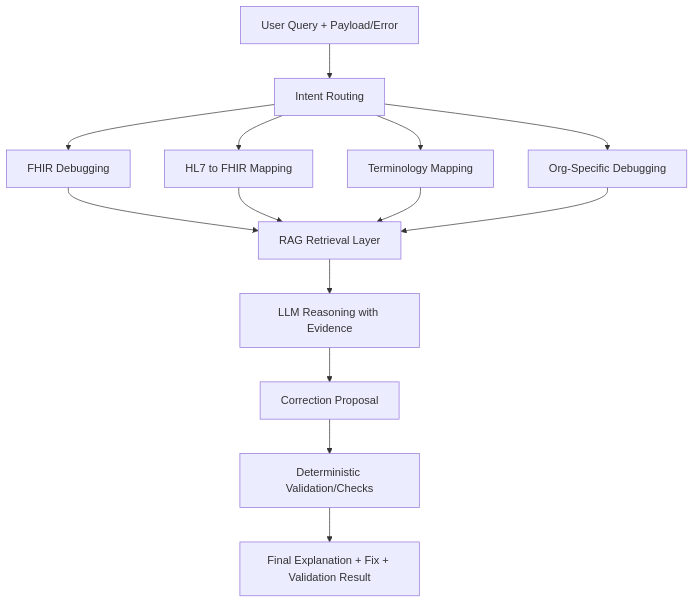
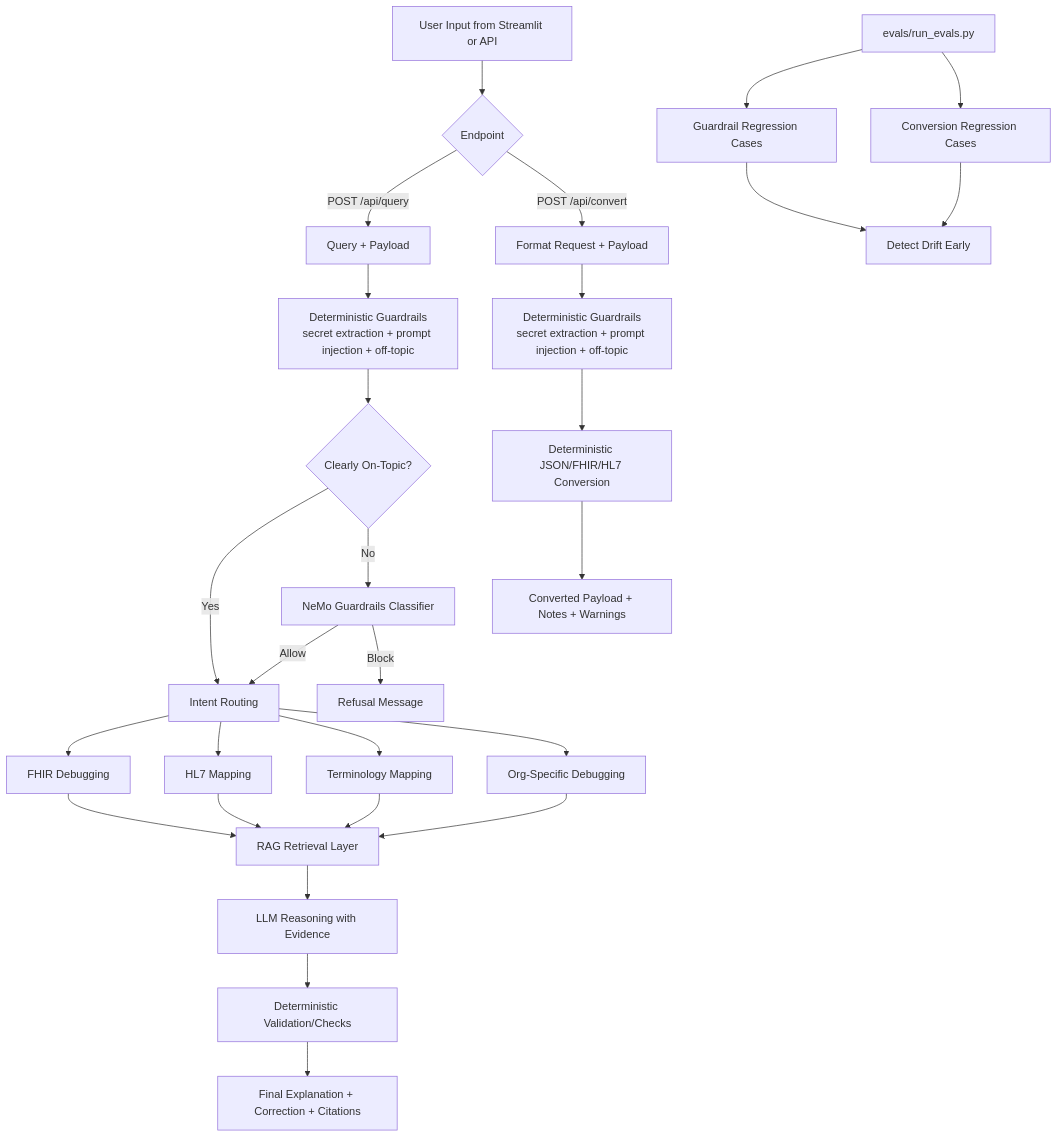
One commit to AI-Precision-Medicine-Zoomcamp/healthcare-interoperability-assistant changed the first of 2 diagrams in README.md. Above: the diagram before and after it, drawn with Mermaid. The commit also changed other lines of this file and 14 other files, not shown here.

Commit message:
feat: Implement Guardrail and Evals

````diff
--- a/README.md
+++ b/README.md
@@ -454,16 +463,39 @@
 ```mermaid
 flowchart TD
-  A[User Query + Payload/Error] --> B[Intent Routing]
-  B --> C[FHIR Debugging]
-  B --> D[HL7 to FHIR Mapping]
-  B --> E[Terminology Mapping]
-  B --> F[Org-Specific Debugging]
-  C --> G[RAG Retrieval Layer]
-  D --> G
-  E --> G
-  F --> G
-  G --> H[LLM Reasoning with Evidence]
-  H --> I[Correction Proposal]
-  I --> J[Deterministic Validation/Checks]
-  J --> K[Final Explanation + Fix + Validation Result]
+  U[User Input from Streamlit or API] --> V{Endpoint}
+
+  V -->|POST /api/query| Q1[Query + Payload]
+  V -->|POST /api/convert| C1[Format Request + Payload]
+
+  Q1 --> G1[Deterministic Guardrails<br/>secret extraction + prompt injection + off-topic]
+  C1 --> G2[Deterministic Guardrails<br/>secret extraction + prompt injection + off-topic]
+
+  G1 --> G3{Clearly On-Topic?}
+  G3 -->|Yes| I1[Intent Routing]
+  G3 -->|No| N1[NeMo Guardrails Classifier]
+  N1 -->|Allow| I1
+  N1 -->|Block| B1[Refusal Message]
+
+  G2 --> C2[Deterministic JSON/FHIR/HL7 Conversion]
+
+  I1 --> I2[FHIR Debugging]
+  I1 --> I3[HL7 Mapping]
+  I1 --> I4[Terminology Mapping]
+  I1 --> I5[Org-Specific Debugging]
+
+  I2 --> R1[RAG Retrieval Layer]
+  I3 --> R1
+  I4 --> R1
+  I5 --> R1
+
+  R1 --> L1[LLM Reasoning with Evidence]
+  L1 --> D1[Deterministic Validation/Checks]
+  D1 --> O1[Final Explanation + Correction + Citations]
+
+  C2 --> O2[Converted Payload + Notes + Warnings]
+
+  E0[evals/run_evals.py] --> E1[Guardrail Regression Cases]
+  E0 --> E2[Conversion Regression Cases]
+  E1 --> E3[Detect Drift Early]
+  E2 --> E3
 ```
````
